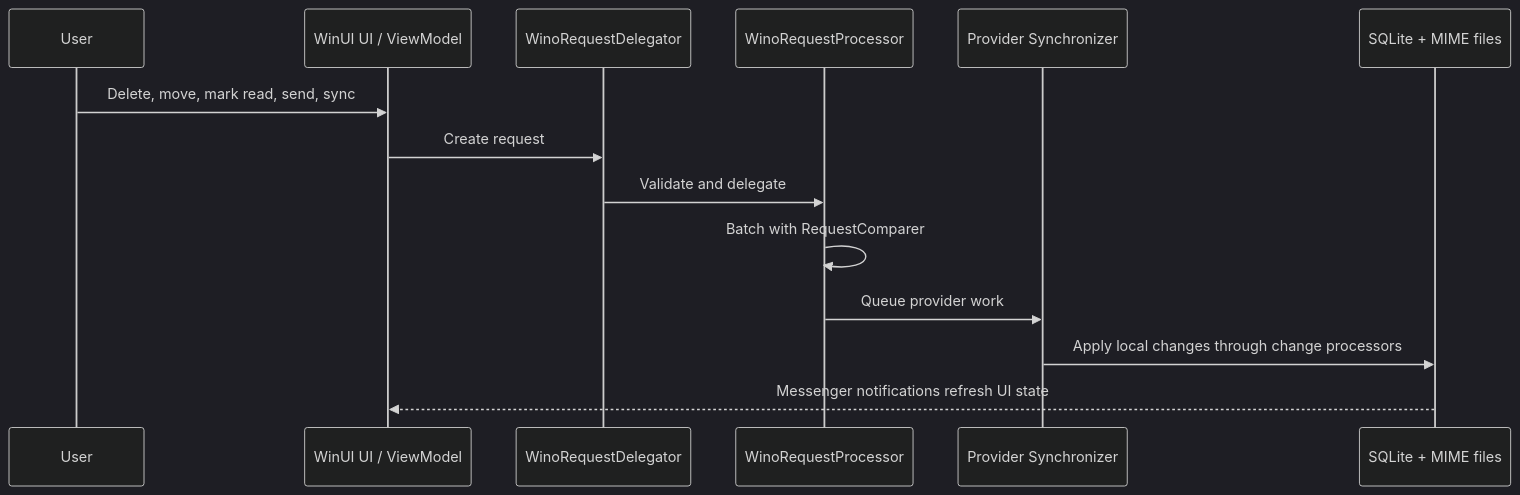
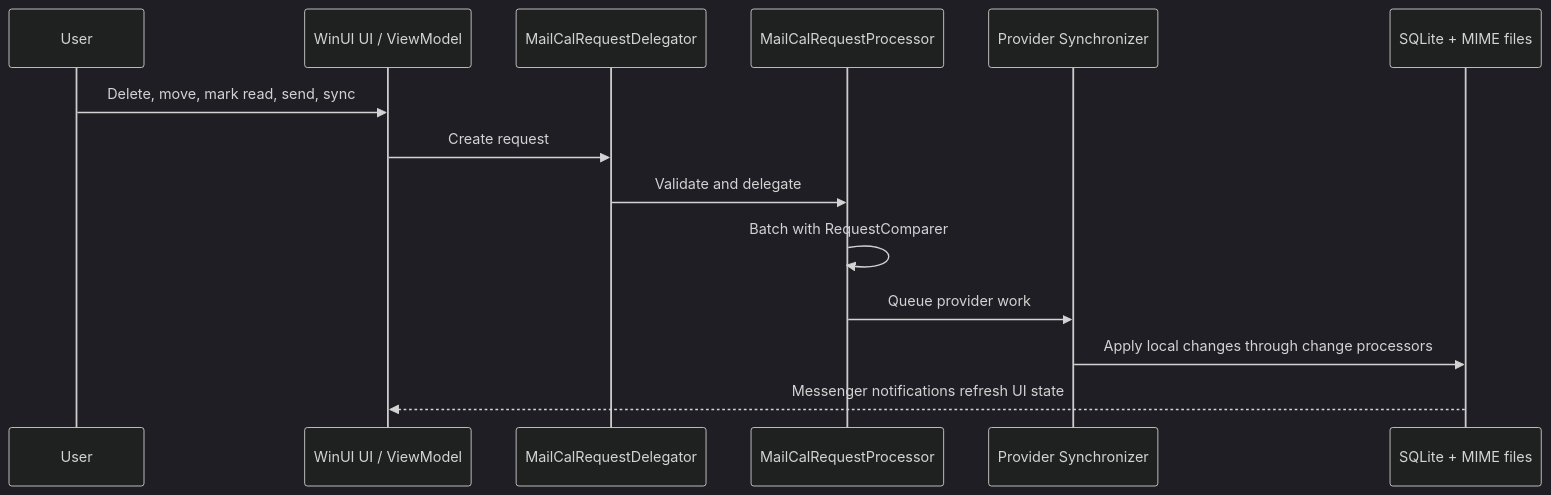
The second of 2 diagrams in CONTRIBUTING.md (bkaankose/Wino-Mail), drawn with Mermaid (dark theme) before and after one commit. The commit also changed other lines of this file and 8271 other files, not shown here.

First line of the commit message:
Phase 6: rename the app to Mail-Cal

````diff
--- a/CONTRIBUTING.md
+++ b/CONTRIBUTING.md
@@ -92,17 +90,17 @@
 ```mermaid
 sequenceDiagram
     participant User
     participant UI as WinUI UI / ViewModel
-    participant Delegator as WinoRequestDelegator
-    participant Processor as WinoRequestProcessor
+    participant Delegator as MailCalRequestDelegator
+    participant Processor as MailCalRequestProcessor
     participant Sync as Provider Synchronizer
     participant DB as SQLite + MIME files
 
     User->>UI: Delete, move, mark read, send, sync
     UI->>Delegator: Create request
     Delegator->>Processor: Validate and delegate
     Processor->>Processor: Batch with RequestComparer
     Processor->>Sync: Queue provider work
     Sync->>DB: Apply local changes through change processors
     DB-->>UI: Messenger notifications refresh UI state
 ```
````
